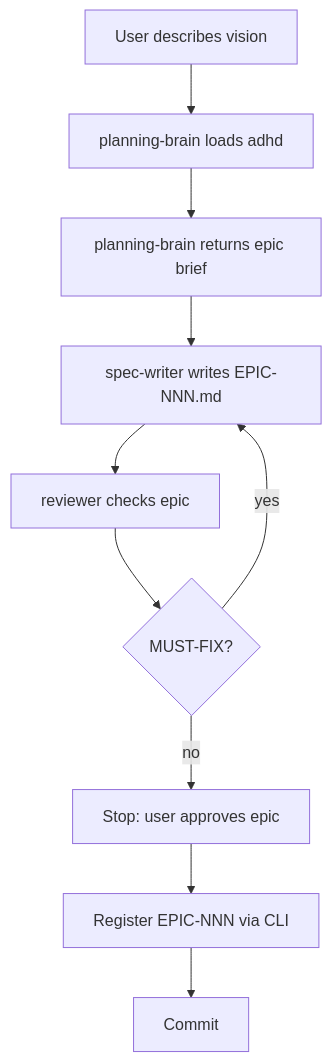
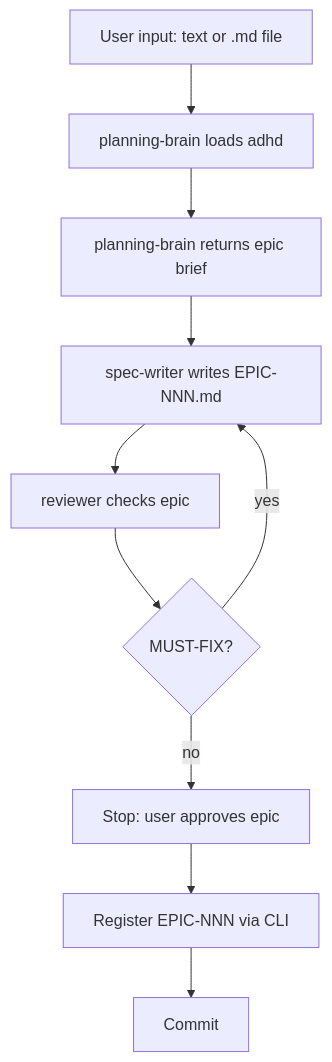
One commit to bperin/project-context changed the first of 2 diagrams in src/workflows/pc-epic.md. Above: the diagram before and after it, drawn with Mermaid. The commit also changed other lines of this file and 12 other files, not shown here.

````diff
--- a/src/workflows/pc-epic.md
+++ b/src/workflows/pc-epic.md
@@ -6,12 +7,12 @@
 ```mermaid
 flowchart TD
-    A[User describes vision] --> B[planning-brain loads adhd]
+    A["User input: text or .md file"] --> B[planning-brain loads adhd]
     B --> C[planning-brain returns epic brief]
     C --> D[spec-writer writes EPIC-NNN.md]
     D --> E[reviewer checks epic]
     E --> F{MUST-FIX?}
     F -->|yes| D
     F -->|no| G[Stop: user approves epic]
     G --> H[Register EPIC-NNN via CLI]
     H --> I[Commit]
 ```
````
